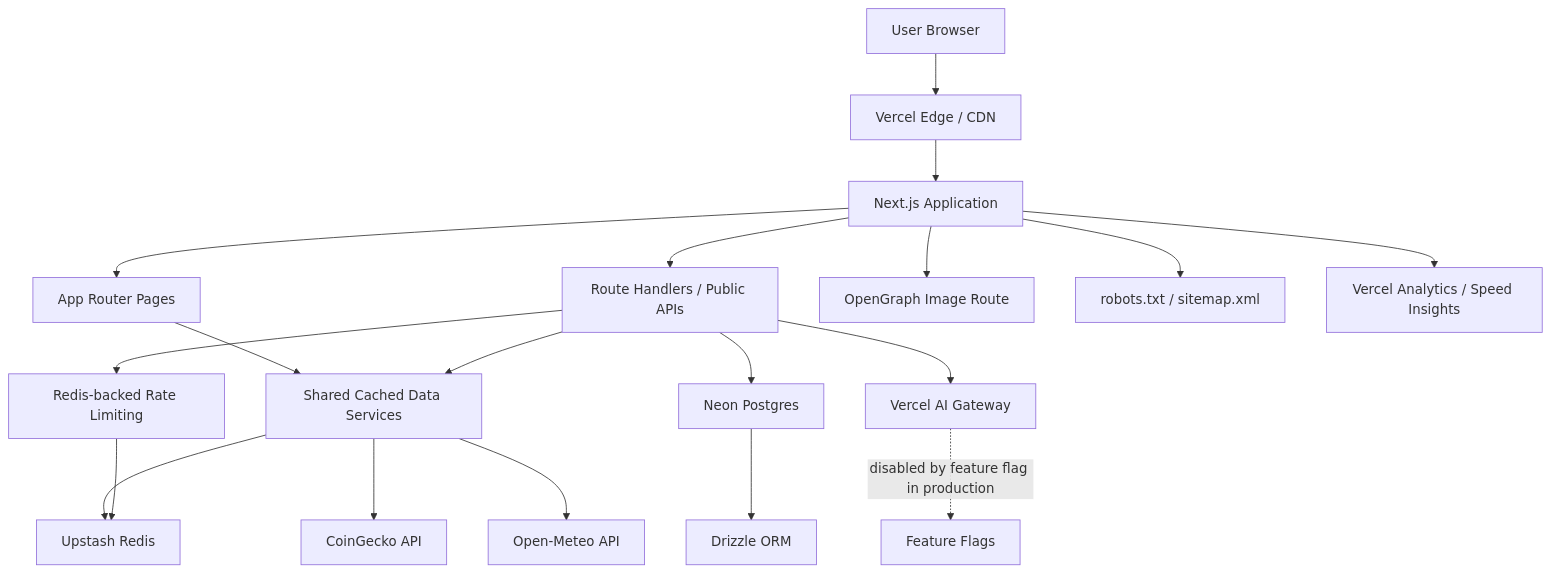
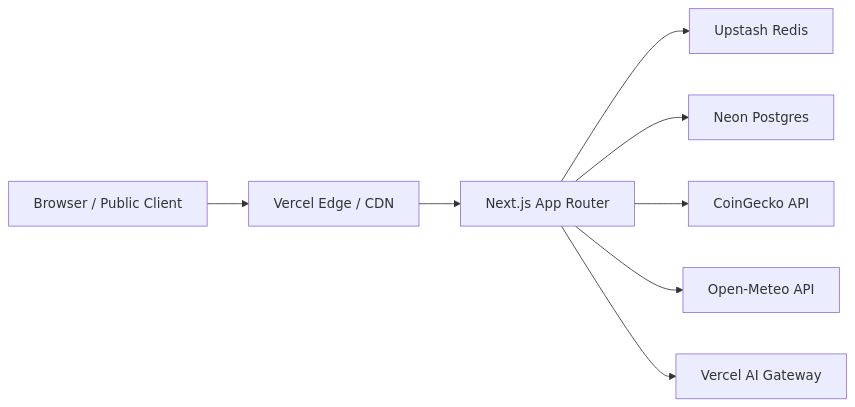
One commit to BlockShield-Systems/swiss-market-dashboard changed the first of 12 diagrams in docs/architecture-diagrams.md. Above: the diagram before and after it, drawn with Mermaid. The commit also changed other lines of this file and 9 other files, not shown here.

````diff
--- a/docs/architecture-diagrams.md
+++ b/docs/architecture-diagrams.md
@@ -11,28 +11,19 @@
 ```mermaid
-flowchart TD
-  User["User Browser"] --> Vercel["Vercel Edge / CDN"]
-  Vercel --> App["Next.js Application"]
+flowchart LR
+  User["Browser / Public Client"]
+  Vercel["Vercel Edge / CDN"]
+  App["Next.js App Router"]
+  Redis["Upstash Redis"]
+  Postgres["Neon Postgres"]
+  CoinGecko["CoinGecko API"]
+  OpenMeteo["Open-Meteo API"]
+  AIGateway["Vercel AI Gateway"]
 
-  App --> Pages["App Router Pages"]
-  App --> ApiRoutes["Route Handlers / Public APIs"]
-  App --> OgImage["OpenGraph Image Route"]
-  App --> SeoFiles["robots.txt / sitemap.xml"]
-
-  Pages --> DataServices["Shared Cached Data Services"]
-  ApiRoutes --> DataServices
-
-  DataServices --> Redis["Upstash Redis"]
-  DataServices --> CoinGecko["CoinGecko API"]
-  DataServices --> OpenMeteo["Open-Meteo API"]
-
-  ApiRoutes --> RateLimit["Redis-backed Rate Limiting"]
-  RateLimit --> Redis
-
-  ApiRoutes --> Postgres["Neon Postgres"]
-  Postgres --> Drizzle["Drizzle ORM"]
-
-  ApiRoutes --> AiGateway["Vercel AI Gateway"]
-  AiGateway -. "disabled by feature flag in production" .-> FeatureFlags["Feature Flags"]
-
-  App --> Analytics["Vercel Analytics / Speed Insights"]
+  User --> Vercel
+  Vercel --> App
+  App --> Redis
+  App --> Postgres
+  App --> CoinGecko
+  App --> OpenMeteo
+  App --> AIGateway
 ```
````
